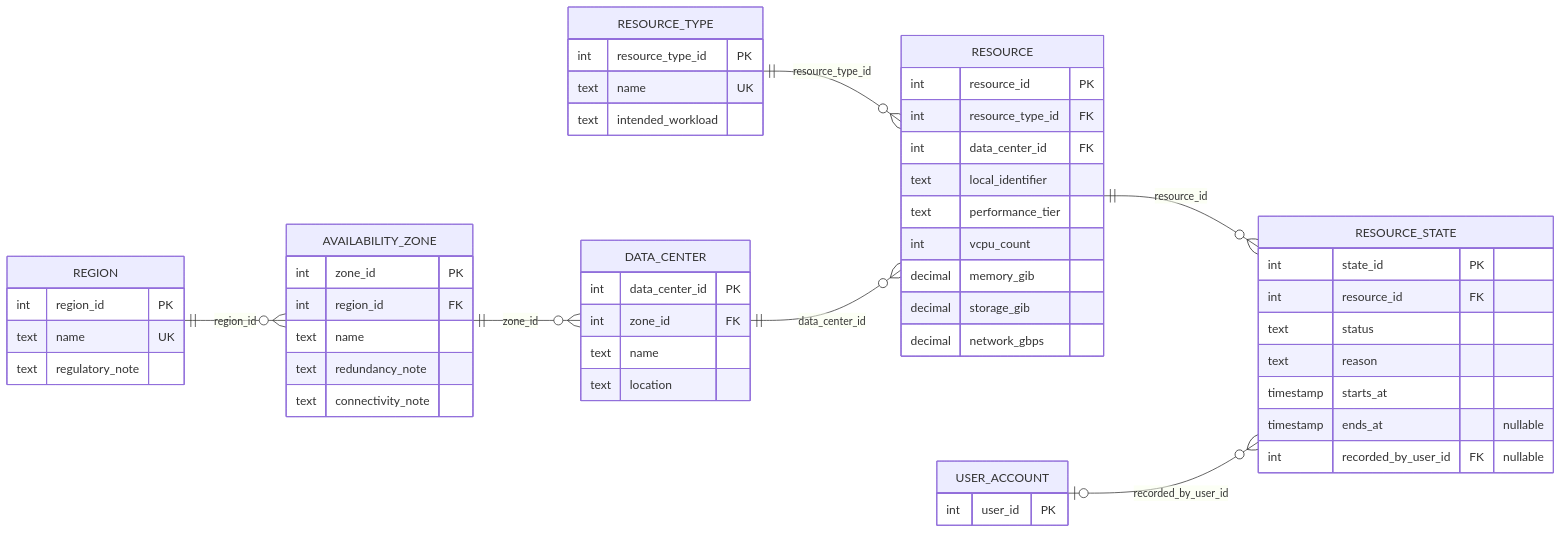
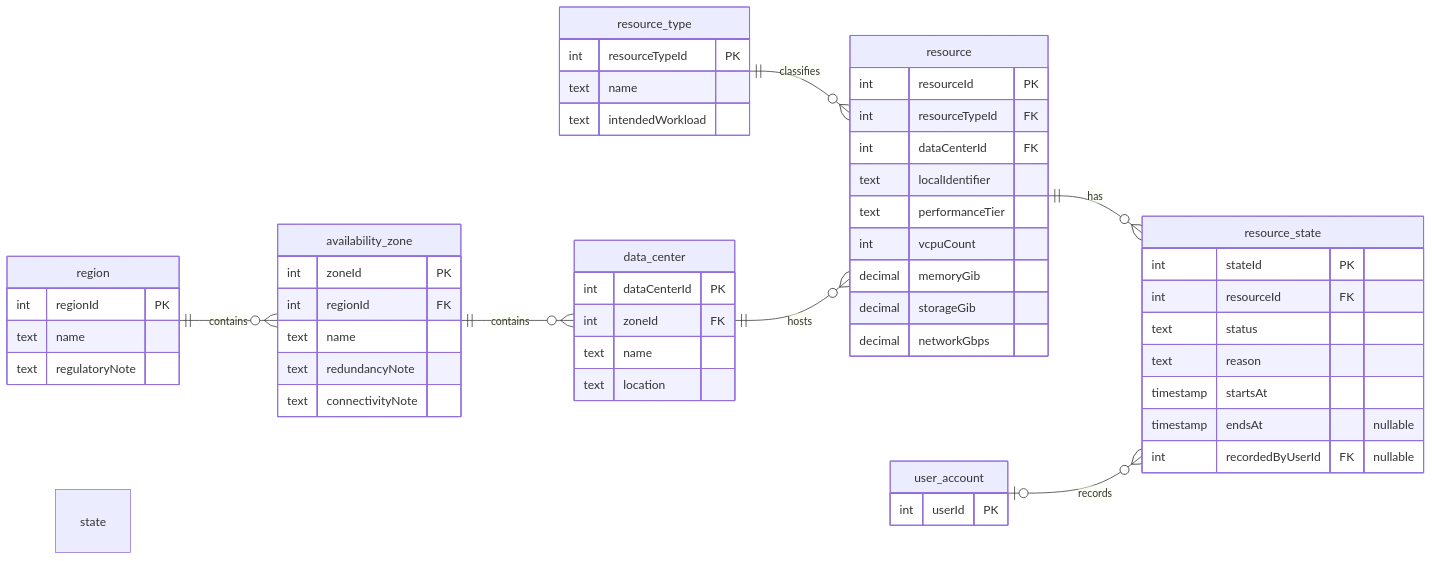
One commit to kechavious/CloudNine_Systems changed the second of 4 diagrams in docs/milestone1/Group4_ERD_Views.md. Above: the diagram before and after it, drawn with Mermaid. The commit also changed other lines of this file and 10 other files, not shown here.

Commit message:
Clarify ERD with PK/FK only and crossing-free relationship pages

````diff
--- a/docs/milestone1/Group4_ERD_Views.md
+++ b/docs/milestone1/Group4_ERD_Views.md
@@ -93,56 +93,56 @@
 ```mermaid
 erDiagram
     direction LR
-    REGION ||--o{ AVAILABILITY_ZONE : region_id
-    AVAILABILITY_ZONE ||--o{ DATA_CENTER : zone_id
-    RESOURCE_TYPE ||--o{ RESOURCE : resource_type_id
-    DATA_CENTER ||--o{ RESOURCE : data_center_id
-    RESOURCE ||--o{ RESOURCE_STATE : resource_id
-    USER_ACCOUNT o|--o{ RESOURCE_STATE : recorded_by_user_id
-    REGION {
-        int region_id PK
-        text name UK
-        text regulatory_note
+    region ||--o{ availability_zone : contains
+    availability_zone ||--o{ data_center : contains
+    resource_type ||--o{ resource : classifies
+    data_center ||--o{ resource : hosts
+    resource ||--o{ resource_state : has
+    user_account o|--o{ resource_state : records resource state
+    region {
+        int regionId PK
+        text name
+        text regulatoryNote
     }
-    AVAILABILITY_ZONE {
-        int zone_id PK
-        int region_id FK
+    availability_zone {
+        int zoneId PK
+        int regionId FK
         text name
-        text redundancy_note
-        text connectivity_note
+        text redundancyNote
+        text connectivityNote
     }
-    DATA_CENTER {
-        int data_center_id PK
-        int zone_id FK
+    data_center {
+        int dataCenterId PK
+        int zoneId FK
         text name
         text location
     }
-    RESOURCE_TYPE {
-        int resource_type_id PK
-        text name UK
-        text intended_workload
+    resource_type {
+        int resourceTypeId PK
+        text name
+        text intendedWorkload
     }
-    RESOURCE {
-        int resource_id PK
-        int resource_type_id FK
-        int data_center_id FK
-        text local_identifier
-        text performance_tier
-        int vcpu_count
-        decimal memory_gib
-        decimal storage_gib
-        decimal network_gbps
+    resource {
+        int resourceId PK
+        int resourceTypeId FK
+        int dataCenterId FK
+        text localIdentifier
+        text performanceTier
+        int vcpuCount
+        decimal memoryGib
+        decimal storageGib
+        decimal networkGbps
     }
-    RESOURCE_STATE {
-        int state_id PK
-        int resource_id FK
+    resource_state {
+        int stateId PK
+        int resourceId FK
         text status
         text reason
-        timestamp starts_at
-        timestamp ends_at "nullable"
-        int recorded_by_user_id FK "nullable"
+        timestamp startsAt
+        timestamp endsAt "nullable"
+        int recordedByUserId FK "nullable"
     }
-    USER_ACCOUNT {
-        int user_id PK
+    user_account {
+        int userId PK
     }
 ```
````
